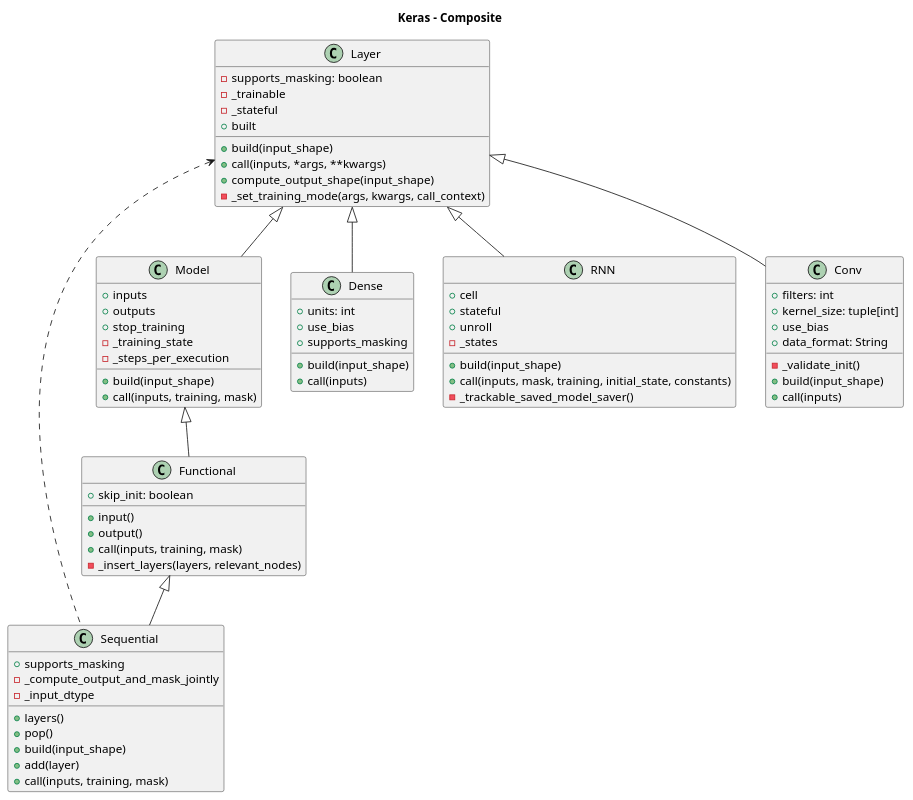
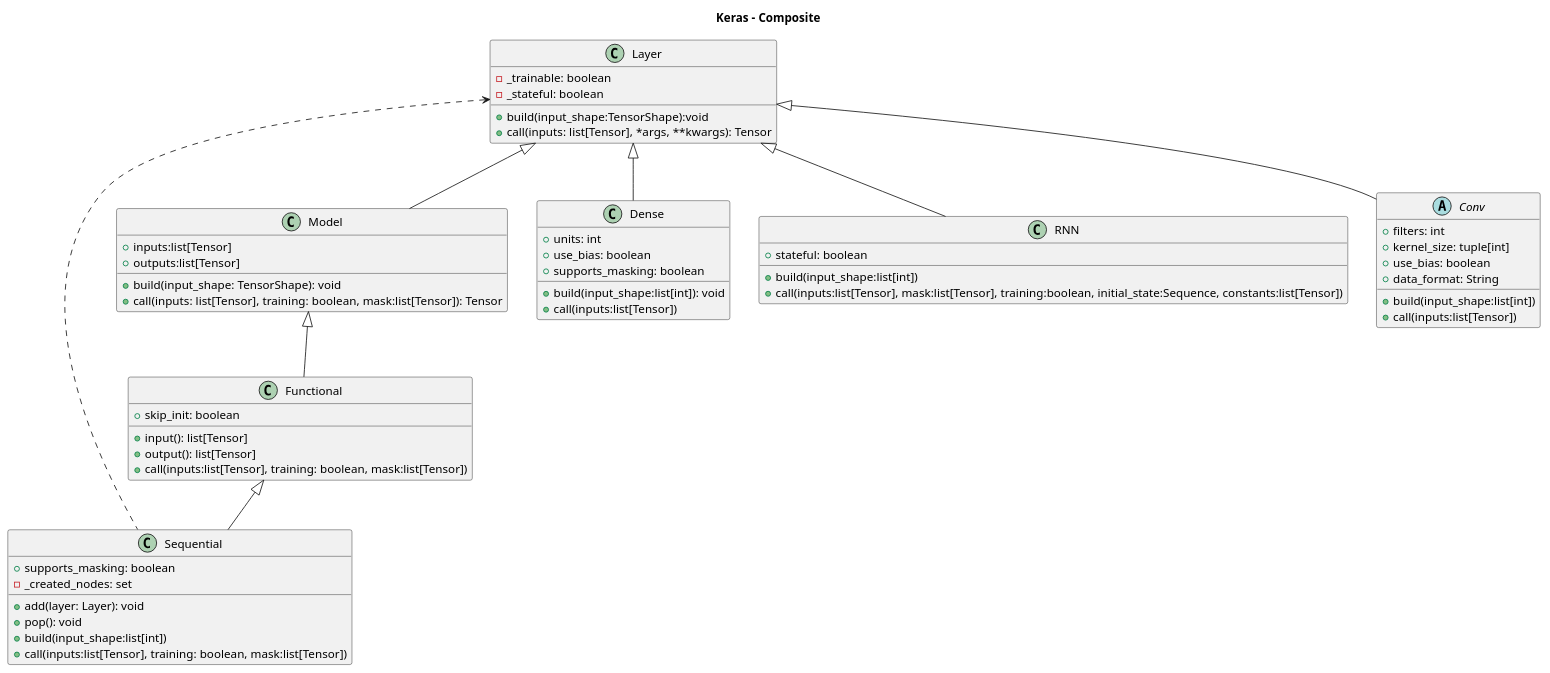
One commit to pholpaphankorn/keras_softarch_assignment changed the diagram in uml_diagram/src/keras_Composite.puml. Above: the diagram before and after it, drawn with PlantUML.

Commit message:
add type in composite

```diff
--- a/uml_diagram/src/keras_Composite.puml
+++ b/uml_diagram/src/keras_Composite.puml
@@ -1,78 +1,64 @@
 @startuml
 
 title Keras - Composite
 
 class Layer {
-    +build(input_shape)
-    +call(inputs, *args, **kwargs)
-    +compute_output_shape(input_shape)
-    -_set_training_mode(args, kwargs, call_context)
-    -supports_masking: boolean
-    -_trainable
-    -_stateful
-    +built
+    +build(input_shape:TensorShape):void
+    +call(inputs: list[Tensor], *args, **kwargs): Tensor
+    -_trainable: boolean
+    -_stateful: boolean
 } 
 
 class Model extends Layer{
-    +build(input_shape)
-    +call(inputs, training, mask)
-    +inputs
-    +outputs
-    +stop_training
-    -_training_state
-    -_steps_per_execution
+    +build(input_shape: TensorShape): void
+    +call(inputs: list[Tensor], training: boolean, mask:list[Tensor]): Tensor
+    +inputs:list[Tensor]
+    +outputs:list[Tensor]
 }
 
 class Dense extends Layer {
-    +build(input_shape)
-    +call(inputs)
+    +build(input_shape:list[int]): void
+    +call(inputs:list[Tensor])
     +units: int
-    +use_bias
-    +supports_masking
+    +use_bias: boolean
+    +supports_masking: boolean
 }
 
 class RNN extends Layer {
-    +build(input_shape)
-    +call(inputs, mask, training, initial_state, constants)
-    -_trackable_saved_model_saver()
-    +cell
-    +stateful
-    +unroll
-    -_states
+    +build(input_shape:list[int])
+    +call(inputs:list[Tensor], mask:list[Tensor], training:boolean, initial_state:Sequence, constants:list[Tensor])
+    +stateful: boolean
 }
 
-class Conv extends Layer {
-    -_validate_init()
-    +build(input_shape)
-    +call(inputs)
+abstract class Conv extends Layer {
+    +build(input_shape:list[int])
+    +call(inputs:list[Tensor])
     +filters: int
     +kernel_size: tuple[int]
-    +use_bias
+    +use_bias: boolean
     +data_format: String
 }
 
 class Functional extends Model {
-    +input()
-    +output()
-    +call(inputs, training, mask)
-    -_insert_layers(layers, relevant_nodes)
+    +input(): list[Tensor]
+    +output(): list[Tensor]
+    +call(inputs:list[Tensor], training: boolean, mask:list[Tensor])
     +skip_init: boolean
 }
 
 class Sequential extends Functional {
-    +layers()
-    +pop()
-    +build(input_shape)
-    +add(layer)
-    +call(inputs, training, mask)
-    +supports_masking
-    -_compute_output_and_mask_jointly
-    -_input_dtype
+    +add(layer: Layer): void
+    +pop(): void
+    +build(input_shape:list[int])
+    +call(inputs:list[Tensor], training: boolean, mask:list[Tensor])
+    +supports_masking: boolean
+    -_created_nodes: set
+
 }
 
 Sequential .left.> Layer
 
 
 
 
 @enduml
```
